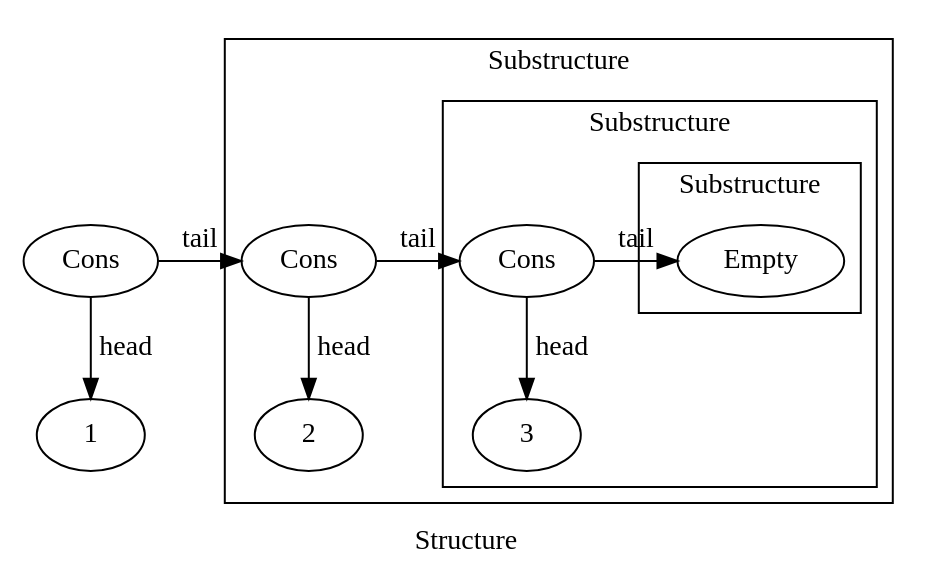
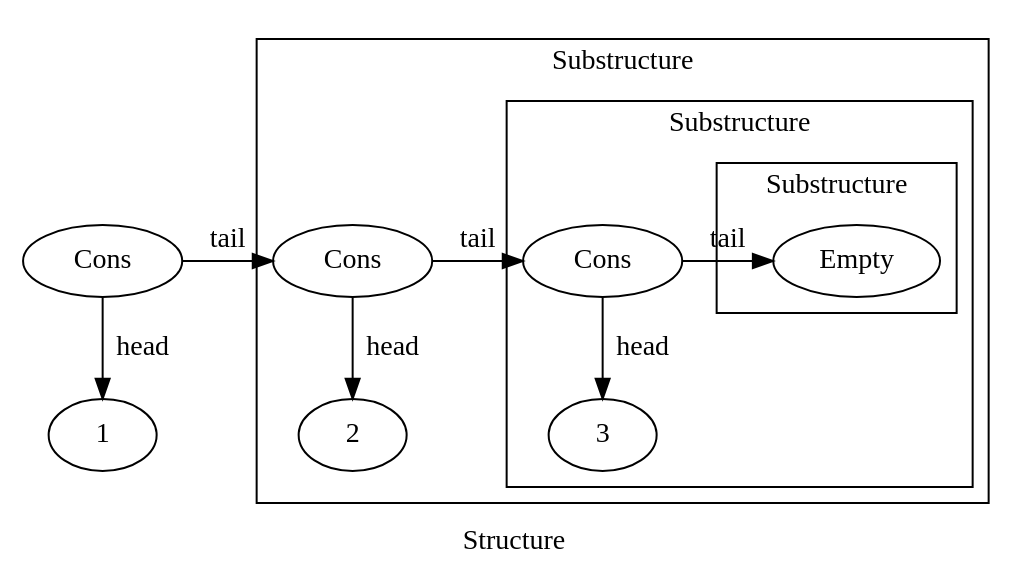
The second of 9 diagrams in posts/2017-03-10-matryoshka-intro.md (anatoliykmetyuk/anatoliykmetyuk.github.io_), drawn with Graphviz before and after one commit. The commit also changed other lines of this file and 1 other file, not shown here.

Commit message:
Graphviz labels fixed

````diff
--- a/posts/2017-03-10-matryoshka-intro.md
+++ b/posts/2017-03-10-matryoshka-intro.md
@@ -68,24 +68,24 @@
 ```{.graphviz #list_diagram}
-digraph G { label="Structure" rankdir=TB newrank=true
+digraph G { label=" Structure " rankdir=TB newrank=true
 
-  N3 [label="Cons"]
-  L3 [label="1"]
+  N3 [label=" Cons "]
+  L3 [label=" 1 "]
 
-  subgraph cluster1 { label="Substructure" graph[style=solid]
-    N2 [label="Cons"]
-    L2 [label="2"]
+  subgraph cluster1 { label=" Substructure " graph[style=solid]
+    N2 [label=" Cons "]
+    L2 [label=" 2 "]
     subgraph cluster2 {
-      N1 [label="Cons"]
-      L1 [label="3"]
+      N1 [label=" Cons "]
+      L1 [label=" 3 "]
       subgraph cluster3 { Empty }
     }
   }
   {rank=same Empty N1 N2 N3}
 
-  N3 -> N2 -> N1 -> Empty [label="tail"]
+  N3 -> N2 -> N1 -> Empty [label="tail "]
 
-  N3 -> L3 [label="head"]
-  N2 -> L2 [label="head"]
-  N1 -> L1 [label="head"]
+  N3 -> L3 [label=" head"]
+  N2 -> L2 [label=" head"]
+  N1 -> L1 [label=" head"]
 }
 ```
````
